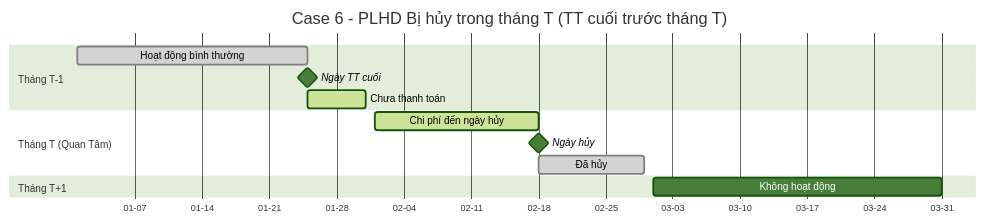
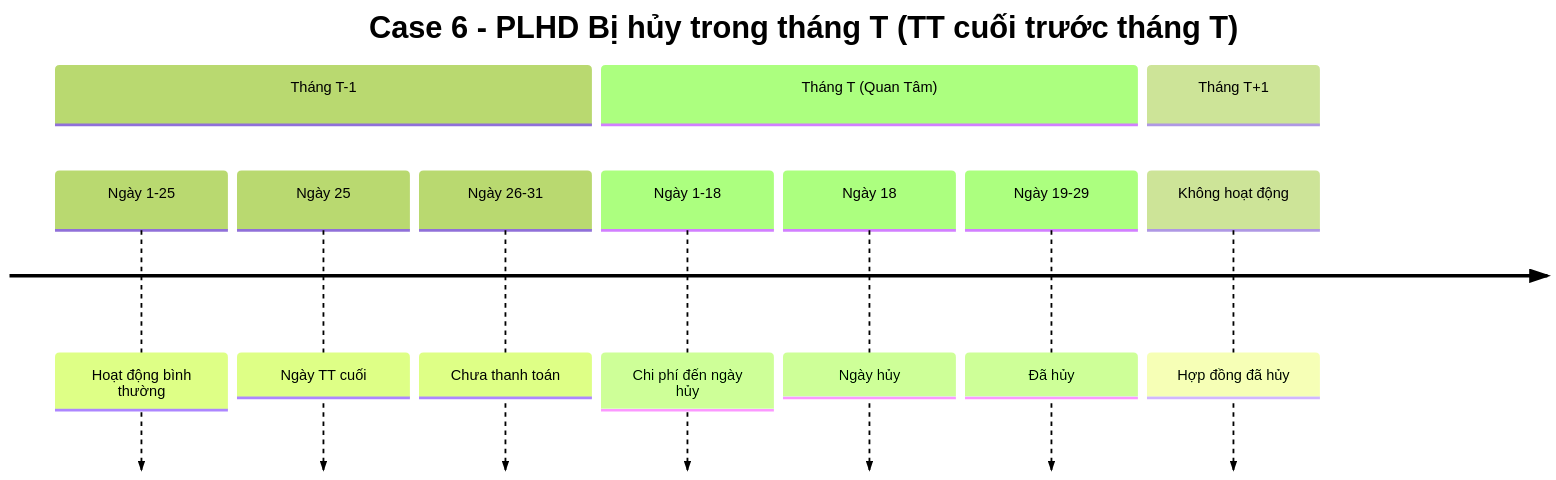
One commit to gvkth/qlbts_analyze_2o2adj- changed the seventh of 9 diagrams in description_v2.md. Above: the diagram before and after it, drawn with Mermaid (forest theme). The commit also changed other lines of this file, not shown here.

Commit message:
Update Gantt chart descriptions and conditions

````diff
--- a/description_v2.md
+++ b/description_v2.md
@@ -221,19 +211,17 @@
 ```mermaid
-gantt
+timeline
     title Case 6 - PLHD Bị hủy trong tháng T (TT cuối trước tháng T)
-    dateFormat YYYY-MM-DD
-    axisFormat %m-%d
     
     section Tháng T-1
-    Hoạt động bình thường    :done, prev-month, 2024-01-01, 2024-01-25
-    Ngày TT cuối            :milestone, payment-date, 2024-01-25, 0d
-    Chưa thanh toán         :active, unpaid, 2024-01-25, 2024-01-31
+        Ngày 1-25 : Hoạt động bình thường
+        Ngày 25 : Ngày TT cuối
+        Ngày 26-31 : Chưa thanh toán
     
     section Tháng T (Quan Tâm)
-    Chi phí đến ngày hủy    :active, cost-period, 2024-02-01, 2024-02-18
-    Ngày hủy                :milestone, cancel-date, 2024-02-18, 0d
-    Đã hủy                  :done, cancelled, 2024-02-18, 2024-02-29
+        Ngày 1-18 : Chi phí đến ngày hủy
+        Ngày 18 : Ngày hủy
+        Ngày 19-29 : Đã hủy
     
     section Tháng T+1
-    Không hoạt động         :cancelled-inactive, 2024-03-01, 2024-03-31
+        Không hoạt động : Hợp đồng đã hủy
 ```
````
